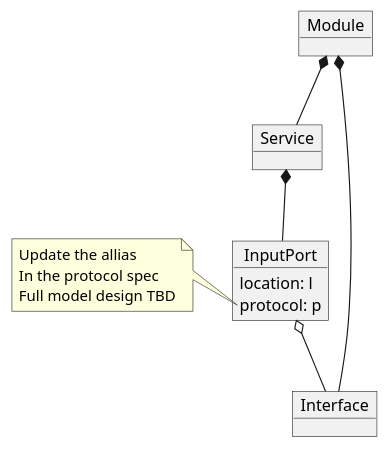
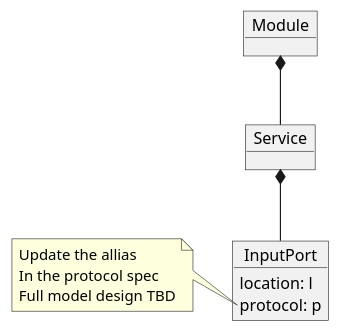
The diagram in refactoring_list/introduce-version-identifier.puml (MSc-Sund-Okumu/api_key_example), drawn with PlantUML before and after one commit. The commit also changed 2 other files, not shown here.

```diff
--- a/refactoring_list/introduce-version-identifier.puml
+++ b/refactoring_list/introduce-version-identifier.puml
@@ -1,23 +1,20 @@
 @startuml
 object "Service" as databaseService
 
 object "InputPort" as databaseInputPort
 databaseInputPort : location: l
 databaseInputPort : protocol: p
 
-object Interface
 object Module
 
 databaseService *-- databaseInputPort
-databaseInputPort o-- Interface
 Module *-- databaseService
-Module *-- Interface
 
 
 note left of databaseInputPort::"protocol: p"
   Update the allias
   In the protocol spec
   Full model design TBD
 end note
 
 @enduml
```
